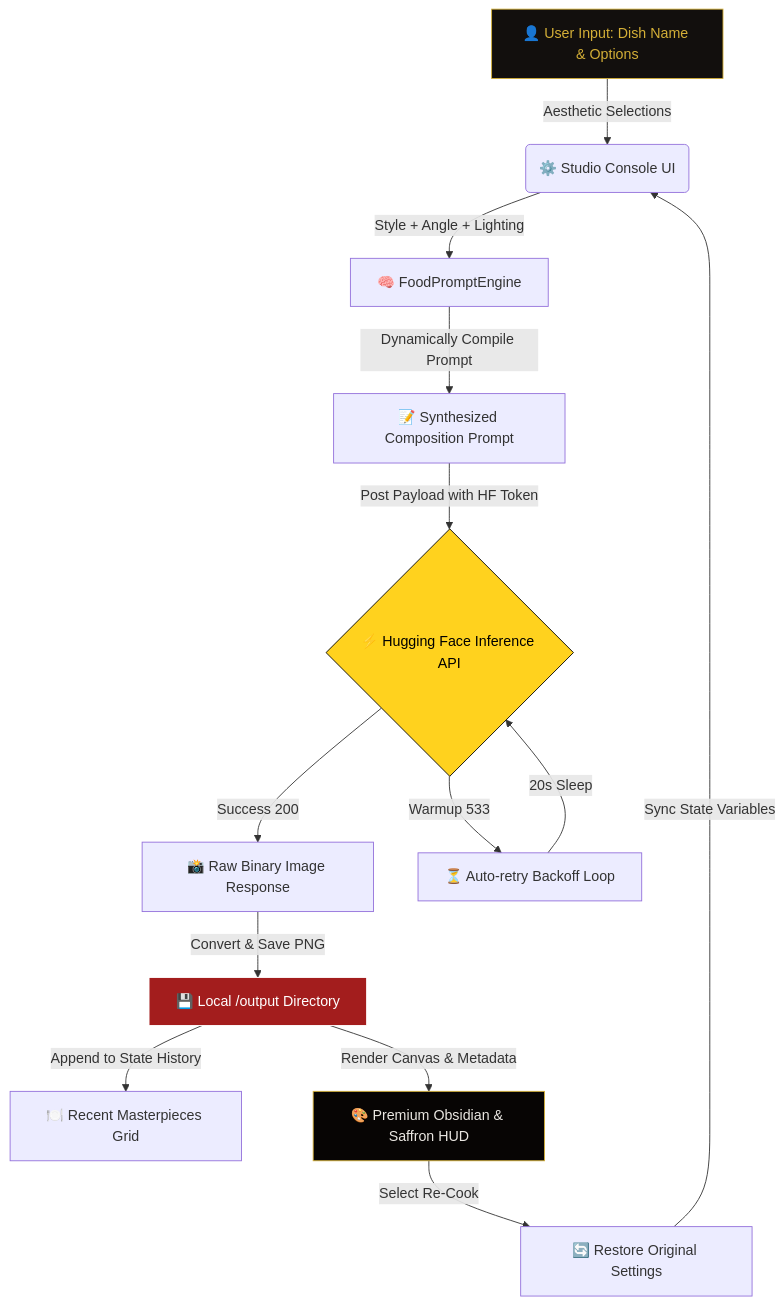
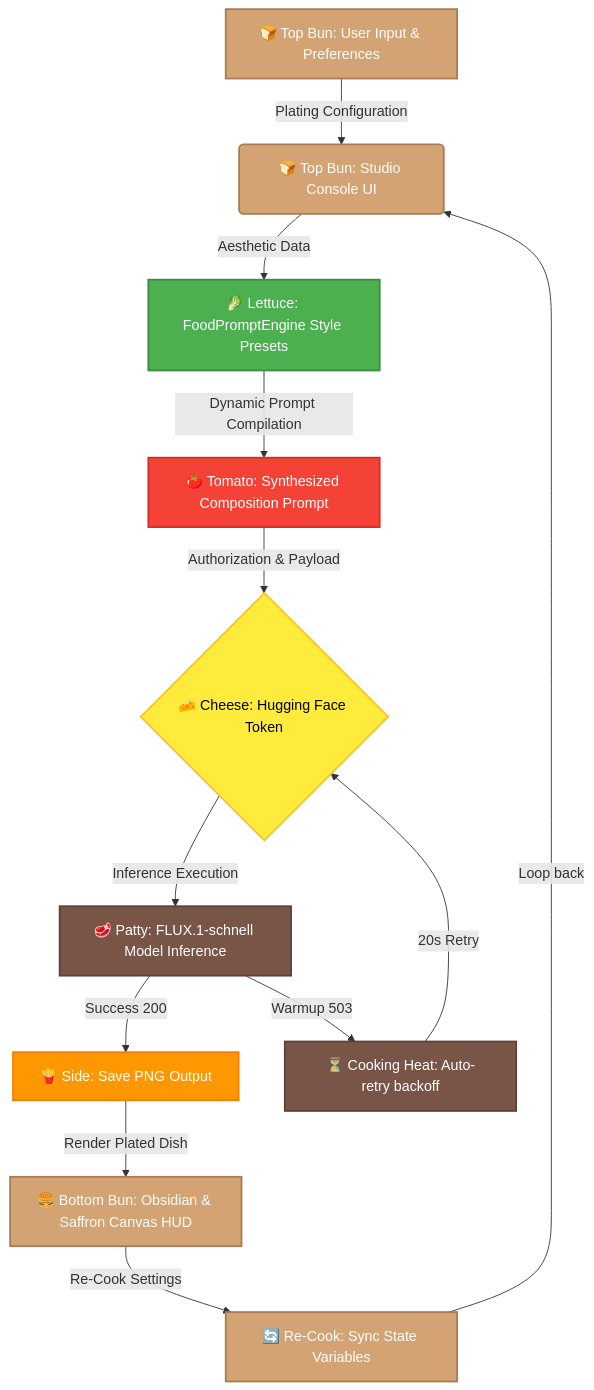
The diagram in README.md (mayank-goyal09/vibe-cooking), drawn with Mermaid before and after one commit.

Commit message:
docs: style architecture flow as a layered burger stack

````diff
--- a/README.md
+++ b/README.md
@@ -49,24 +49,48 @@
 ```mermaid
 graph TD
-    A[👤 User Input: Dish Name & Options] -->|Aesthetic Selections| B(⚙️ Studio Console UI)
-    B -->|Style + Angle + Lighting| C[🧠 FoodPromptEngine]
+    %% Bun (Top)
+    A[🍞 Top Bun: User Input & Preferences] -->|Plating Configuration| B(🍞 Top Bun: Studio Console UI)
     
-    C -->|Dynamically Compile Prompt| D[📝 Synthesized Composition Prompt]
+    %% Veggies (Lettuce & Tomato)
+    B -->|Aesthetic Data| C[🥬 Lettuce: FoodPromptEngine Style Presets]
+    C -->|Dynamic Prompt Compilation| D[🍅 Tomato: Synthesized Composition Prompt]
     
-    D -->|Post Payload with HF Token| E{⚡ Hugging Face Inference API}
-    E -->|Success 200| F[📸 Raw Binary Image Response]
-    E -->|Warmup 533| G[⏳ Auto-retry Backoff Loop]
-    G -->|20s Sleep| E
+    %% Cheese
+    D -->|Authorization & Payload| E{🧀 Cheese: Hugging Face Token}
     
-    F -->|Convert & Save PNG| H[💾 Local /output Directory]
-    H -->|Append to State History| I[🍽️ Recent Masterpieces Grid]
-    H -->|Render Canvas & Metadata| J[🎨 Premium Obsidian & Saffron HUD]
+    %% Patty (Core Engine)
+    E -->|Inference Execution| F[🥩 Patty: FLUX.1-schnell Model Inference]
+    F -->|Success 200| H[🍟 Side: Save PNG Output]
+    F -->|Warmup 503| G[⏳ Cooking Heat: Auto-retry backoff]
+    G -->|20s Retry| E
     
-    J -->|Select Re-Cook| K[🔄 Restore Original Settings]
-    K -->|Sync State Variables| B
+    %% Bun (Bottom)
+    H -->|Render Plated Dish| J[🍔 Bottom Bun: Obsidian & Saffron Canvas HUD]
+    J -->|Re-Cook Settings| K[🔄 Re-Cook: Sync State Variables]
+    K -->|Loop back| B
 
-    style A fill:#120f0d,color:#d4af37,stroke:#d4af37
-    style E fill:#ffd21e,color:#000,stroke:#000
-    style H fill:#a31d1d,color:#fff,stroke:#fff
-    style J fill:#070504,color:#eae7e2,stroke:#d4af37
+    %% Styles mapped to Burger colors
+    %% Buns: tan (#d4a373)
+    style A fill:#d4a373,color:#fff,stroke:#a67c52,stroke-width:2px
+    style B fill:#d4a373,color:#fff,stroke:#a67c52,stroke-width:2px
+    
+    %% Lettuce: green (#4caf50)
+    style C fill:#4caf50,color:#fff,stroke:#388e3c,stroke-width:2px
+    
+    %% Tomato: red (#f44336)
+    style D fill:#f44336,color:#fff,stroke:#d32f2f,stroke-width:2px
+    
+    %% Cheese: yellow (#ffeb3b)
+    style E fill:#ffeb3b,color:#000,stroke:#fbc02d,stroke-width:2px
+    
+    %% Patty: brown (#795548)
+    style F fill:#795548,color:#fff,stroke:#5d4037,stroke-width:2px
+    style G fill:#795548,color:#fff,stroke:#5d4037,stroke-width:2px
+    
+    %% Fries/Side: orange (#ff9800)
+    style H fill:#ff9800,color:#fff,stroke:#f57c00,stroke-width:2px
+    
+    %% Bottom Bun: tan (#d4a373)
+    style J fill:#d4a373,color:#fff,stroke:#a67c52,stroke-width:2px
+    style K fill:#d4a373,color:#fff,stroke:#a67c52,stroke-width:2px
 ```
````
